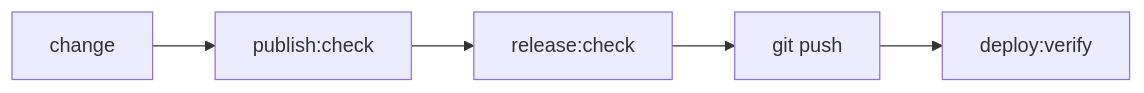
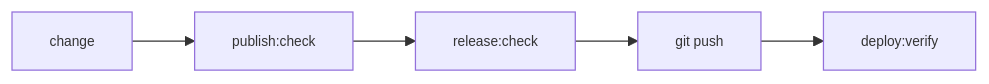
One commit to joeseverino/jseverino.com changed the diagram in tests/README.md. Above: the diagram before and after it, drawn with Mermaid. The commit also changed 6 other files, not shown here.

First line of the commit message:
doc: restore stable graph syntax and apply font-size scaling to Mermaid

````diff
--- a/tests/README.md
+++ b/tests/README.md
@@ -23,4 +23,6 @@
 ```mermaid
 graph LR
-    A["change  "] --> B["publish:check  "] --> C["release:check  "] --> D["git push  "] --> E["deploy:verify  "]
+    A["change"] --> B["publish:check"] --> C["release:check"] --> D["git push"] --> E["deploy:verify"]
+
+    classDef default font-size:11px;
 ```
````
